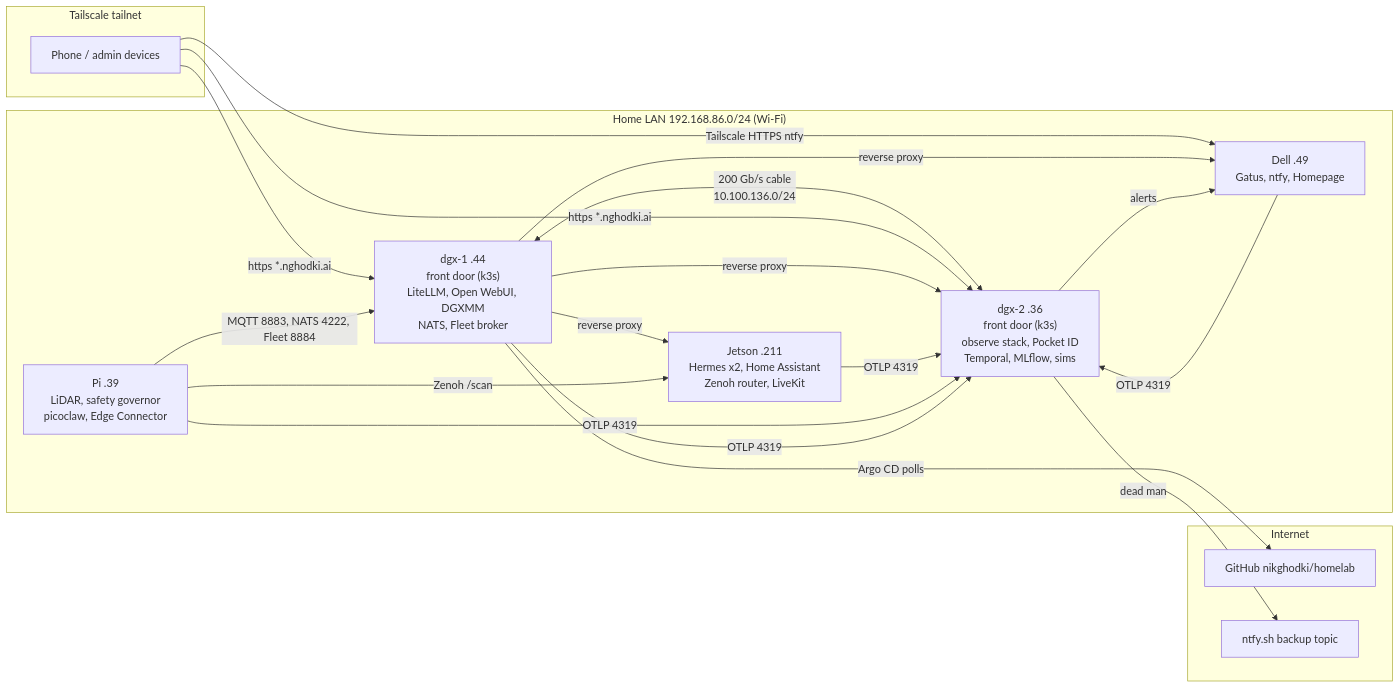
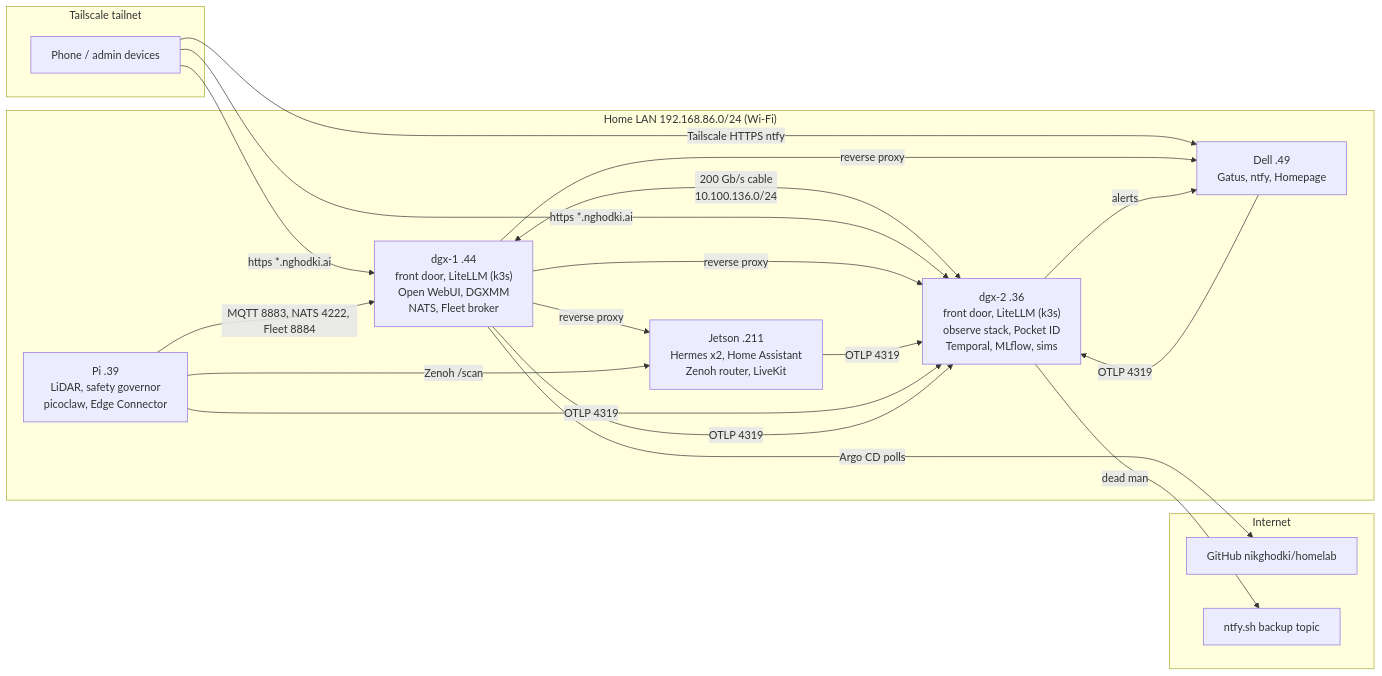
One commit to nikghodki/homelab changed the diagram in docs-site/content/docs/overview/index.md. Above: the diagram before and after it, drawn with Mermaid. The commit also changed other lines of this file and 34 other files, not shown here.

First line of the commit message:
Docs: LiteLLM and Pocket ID in k3s (addresses, relays, backups, rollback windows, P3.7 progress) (#164)

````diff
--- a/docs-site/content/docs/overview/index.md
+++ b/docs-site/content/docs/overview/index.md
@@ -29,30 +29,30 @@
 ```mermaid
 flowchart LR
   subgraph Internet
     GH[GitHub nikghodki/homelab]
     NTFYSH[ntfy.sh backup topic]
   end
   subgraph Tailnet["Tailscale tailnet"]
     PHONE[Phone / admin devices]
   end
   subgraph LAN["Home LAN 192.168.86.0/24 (Wi-Fi)"]
-    DGX1["dgx-1 .44<br/>front door (k3s)<br/>LiteLLM, Open WebUI, DGXMM<br/>NATS, Fleet broker"]
-    DGX2["dgx-2 .36<br/>front door (k3s)<br/>observe stack, Pocket ID<br/>Temporal, MLflow, sims"]
+    DGX1["dgx-1 .44<br/>front door, LiteLLM (k3s)<br/>Open WebUI, DGXMM<br/>NATS, Fleet broker"]
+    DGX2["dgx-2 .36<br/>front door, LiteLLM (k3s)<br/>observe stack, Pocket ID<br/>Temporal, MLflow, sims"]
     JET["Jetson .211<br/>Hermes x2, Home Assistant<br/>Zenoh router, LiveKit"]
     DELL["Dell .49<br/>Gatus, ntfy, Homepage"]
     PI["Pi .39<br/>LiDAR, safety governor<br/>picoclaw, Edge Connector"]
   end
   DGX1 <-->|"200 Gb/s cable<br/>10.100.136.0/24"| DGX2
   PHONE -- "https *.nghodki.ai" --> DGX1
   PHONE -- "https *.nghodki.ai" --> DGX2
   PHONE -- "Tailscale HTTPS ntfy" --> DELL
   DGX1 -- "reverse proxy" --> DGX2
   DGX1 -- "reverse proxy" --> DELL
   DGX1 -- "reverse proxy" --> JET
   PI -- "Zenoh /scan" --> JET
   PI -- "MQTT 8883, NATS 4222, Fleet 8884" --> DGX1
   JET & PI & DELL & DGX1 -- "OTLP 4319" --> DGX2
   DGX2 -- "alerts" --> DELL
   DGX2 -- "dead man" --> NTFYSH
   DGX1 -- "Argo CD polls" --> GH
 ```
````
